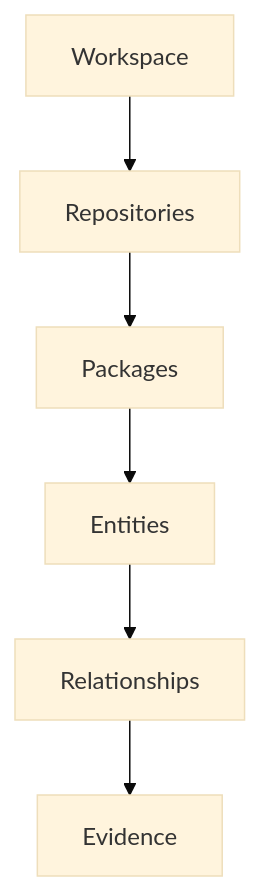
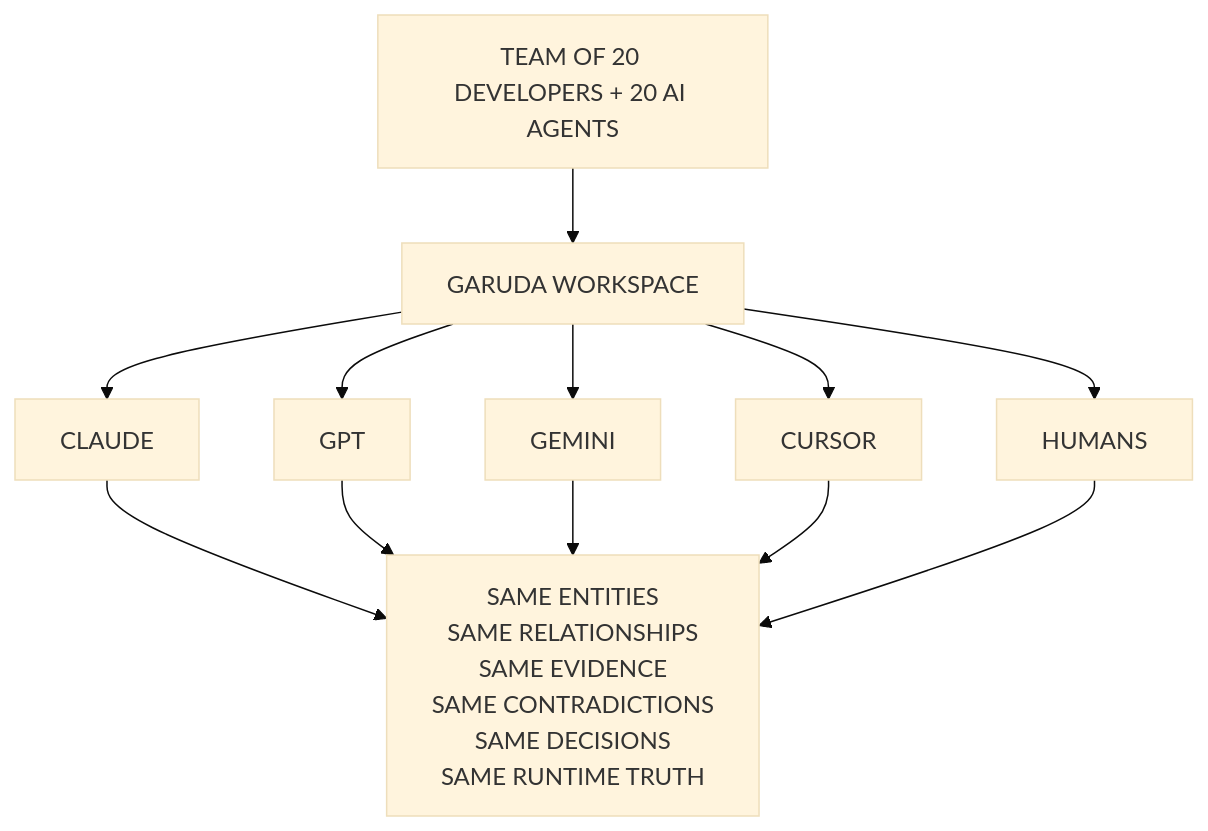
Before and after one commit to myshra777-ai/garuda: the second of 4 diagrams in README.md, drawn with Mermaid (base theme). The commit also changed other lines of this file, not shown here.

````diff
--- a/README.md
+++ b/README.md
@@ -245,8 +401,23 @@
 ```mermaid
 flowchart TD
-    WORKSPACE["Workspace"] --> REPOS["Repositories"]
-    REPOS --> PACKAGES["Packages"]
-    PACKAGES --> ENTITIES["Entities"]
-    ENTITIES --> REL["Relationships"]
-    REL --> EVIDENCE["Evidence"]
+    TEAM["TEAM OF 20 DEVELOPERS + 20 AI AGENTS"]
+    TEAM --> WS["GARUDA WORKSPACE"]
+
+    WS --> CLAUDE["CLAUDE"]
+    WS --> GPT["GPT"]
+    WS --> GEMINI["GEMINI"]
+    WS --> CURSOR["CURSOR"]
+    WS --> HUMANS["HUMANS"]
+
+    CLAUDE --> TRUTH["SAME ENTITIES
+    SAME RELATIONSHIPS
+    SAME EVIDENCE
+    SAME CONTRADICTIONS
+    SAME DECISIONS
+    SAME RUNTIME TRUTH"]
+
+    GPT --> TRUTH
+    GEMINI --> TRUTH
+    CURSOR --> TRUTH
+    HUMANS --> TRUTH
 ```
````
